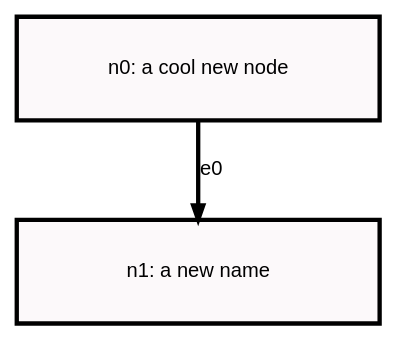
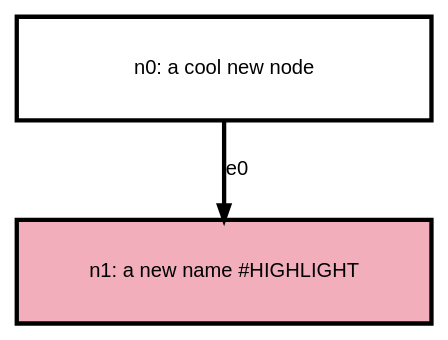
Before and after one commit to stevecooperorg/microdot: the diagram in examples/readme_example_1.dot, drawn with Graphviz. The commit also changed 15 other files, not shown here.

```diff
--- a/examples/readme_example_1.dot
+++ b/examples/readme_example_1.dot
@@ -1,12 +1,12 @@
 digraph {
 
     graph [fontname = "helvetica" rankdir=TB ranksep=0.75 nodesep=0.5];
-    node [fontname = "helvetica" style="filled" shape=box height=1 width=3.5 penwidth=3];
+    node [fontname = "helvetica" style="filled" shape=box height=1 width=4.0 penwidth=3];
     edge [fontname = "helvetica" penwidth=3 color="#000"];
 
-    "n0" [label="n0: a cool new node" fillcolor="#FCF9FA" color="#000" fontcolor="#000"];
-    "n1" [label="n1: a new name" fillcolor="#FCF9FA" color="#000" fontcolor="#000"];
+    "n0" [label="n0: a cool new node" fillcolor="#FFFFFF" color="#000" fontcolor="#000"];
+    "n1" [label="n1: a new name #HIGHLIGHT" fillcolor="#F2AEBB" color="#000" fontcolor="#000"];
 
     "n0" -> "n1" [label="e0"];
 
 }
```
